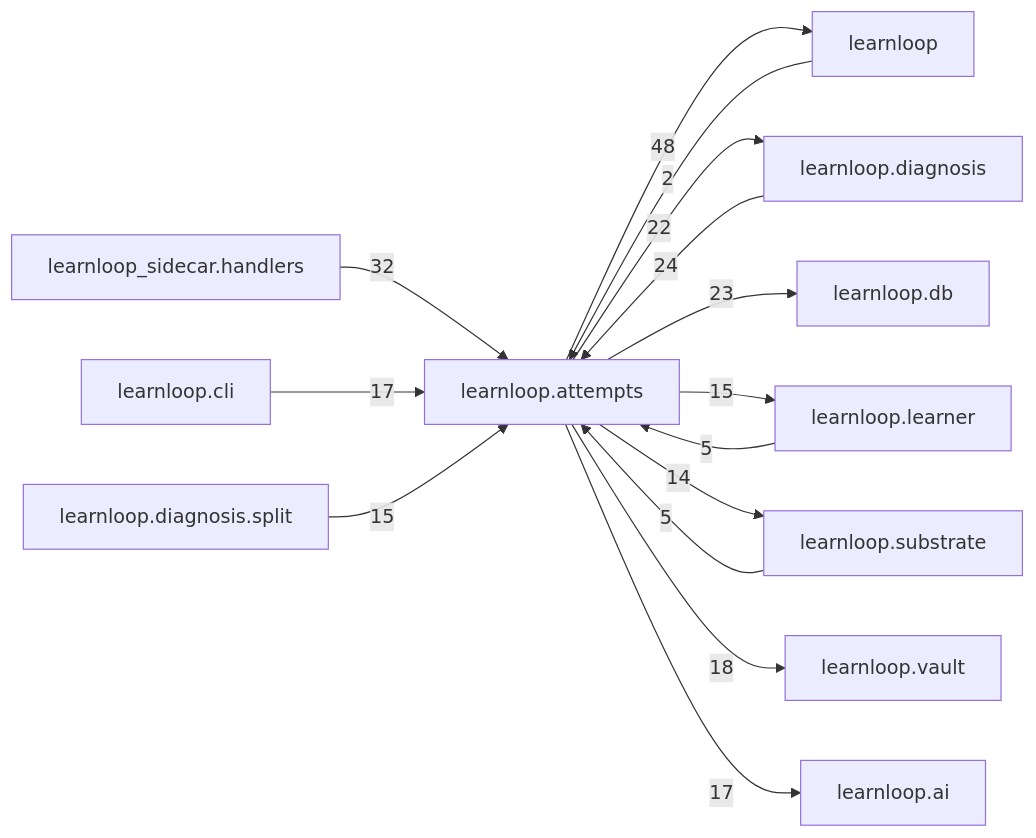
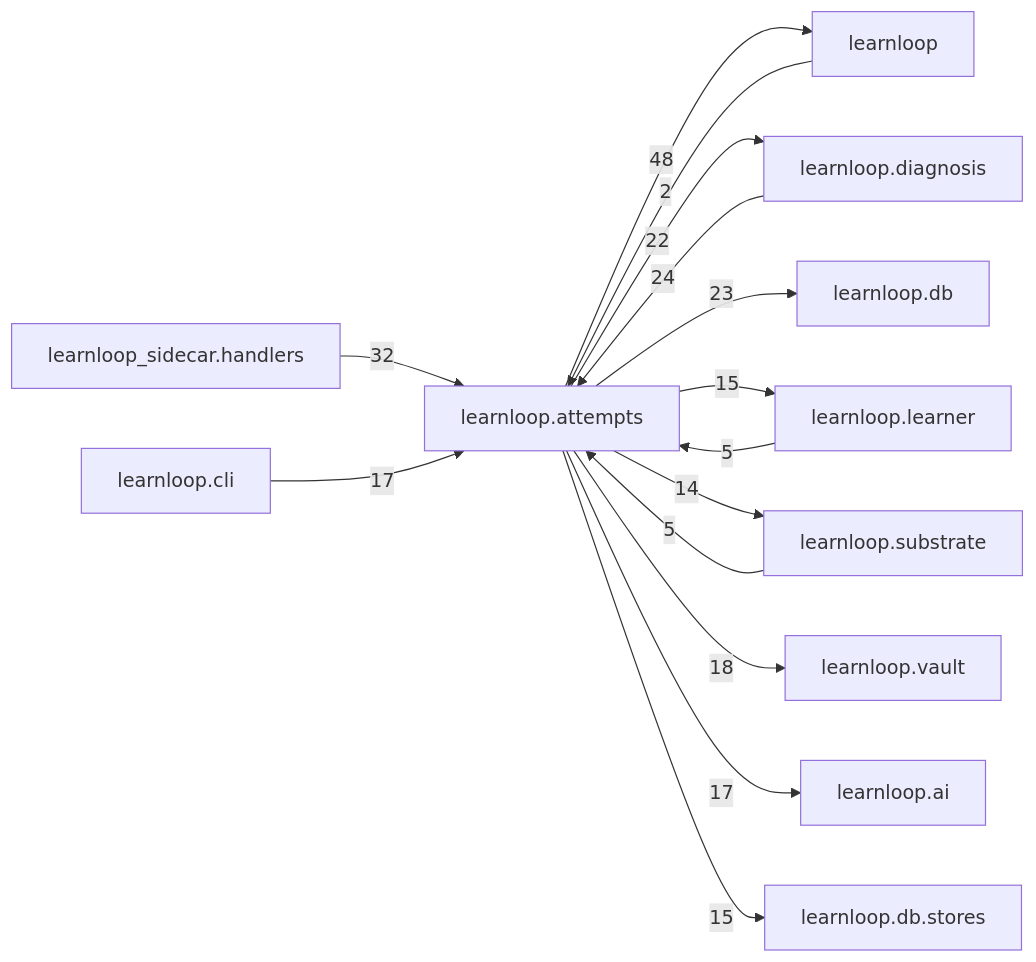
The diagram in docs/learnloop-architecture-vault/Reference/Modules/learnloop/attempts/_package.md (6up-b/learnanything), drawn with Mermaid before and after one commit. The commit also changed other lines of this file and 26 other files, not shown here.

````diff
--- a/docs/learnloop-architecture-vault/Reference/Modules/learnloop/attempts/_package.md
+++ b/docs/learnloop-architecture-vault/Reference/Modules/learnloop/attempts/_package.md
@@ -179,28 +179,28 @@
 ```mermaid
 flowchart LR
     center["learnloop.attempts"]
     n_learnloop["learnloop"]
     n_learnloop_diagnosis["learnloop.diagnosis"]
     n_learnloop_sidecar_handlers["learnloop_sidecar.handlers"]
     n_learnloop_db["learnloop.db"]
     n_learnloop_learner["learnloop.learner"]
     n_learnloop_substrate["learnloop.substrate"]
     n_learnloop_vault["learnloop.vault"]
     n_learnloop_ai["learnloop.ai"]
     n_learnloop_cli["learnloop.cli"]
-    n_learnloop_diagnosis_split["learnloop.diagnosis.split"]
+    n_learnloop_db_stores["learnloop.db.stores"]
     n_learnloop -->|2| center
     center -->|48| n_learnloop
     n_learnloop_diagnosis -->|24| center
     center -->|22| n_learnloop_diagnosis
     n_learnloop_sidecar_handlers -->|32| center
     center -->|23| n_learnloop_db
     n_learnloop_learner -->|5| center
     center -->|15| n_learnloop_learner
     n_learnloop_substrate -->|5| center
     center -->|14| n_learnloop_substrate
     center -->|18| n_learnloop_vault
     center -->|17| n_learnloop_ai
     n_learnloop_cli -->|17| center
-    n_learnloop_diagnosis_split -->|15| center
+    center -->|15| n_learnloop_db_stores
 ```
````
